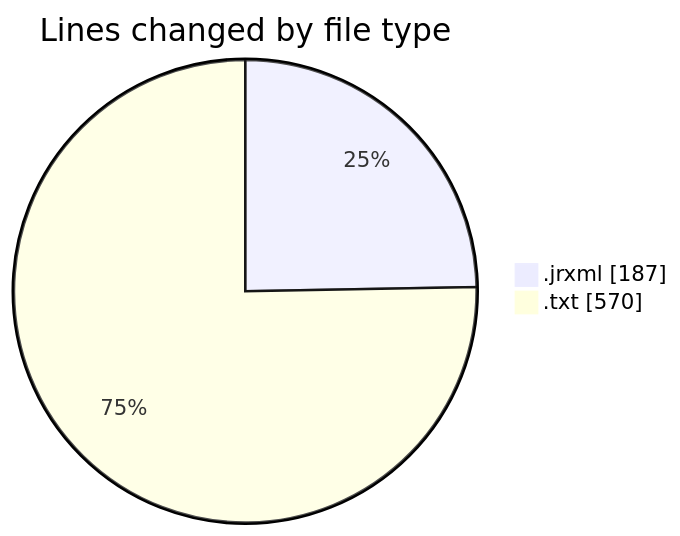
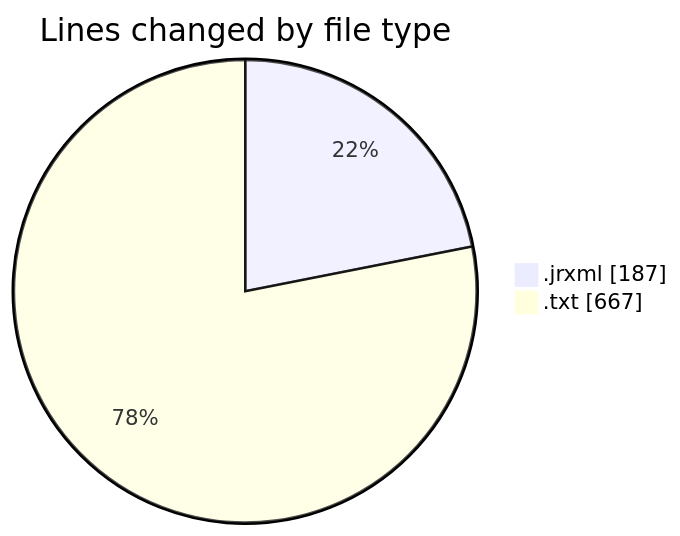
The first of 2 diagrams in 2026-11-12/cilreports__workspace_/README.md (ricardozamudiocil/code-tracking), drawn with Mermaid before and after one commit. The commit also changed other lines of this file and 1 other file, not shown here.

````diff
--- a/2026-11-12/cilreports__workspace_/README.md
+++ b/2026-11-12/cilreports__workspace_/README.md
@@ -21,6 +21,6 @@
 ```mermaid
 pie showData
 title Lines changed by file type
 ".jrxml" : 187
-".txt" : 570
+".txt" : 667
 ```
````
